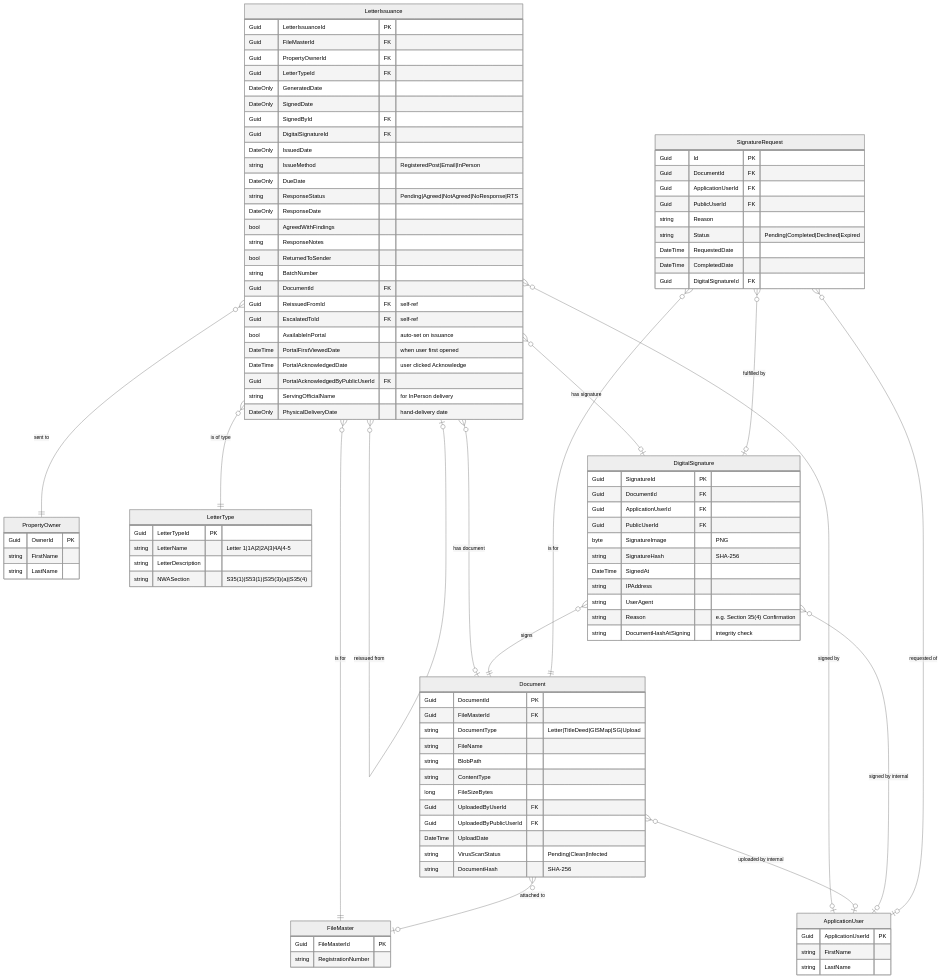
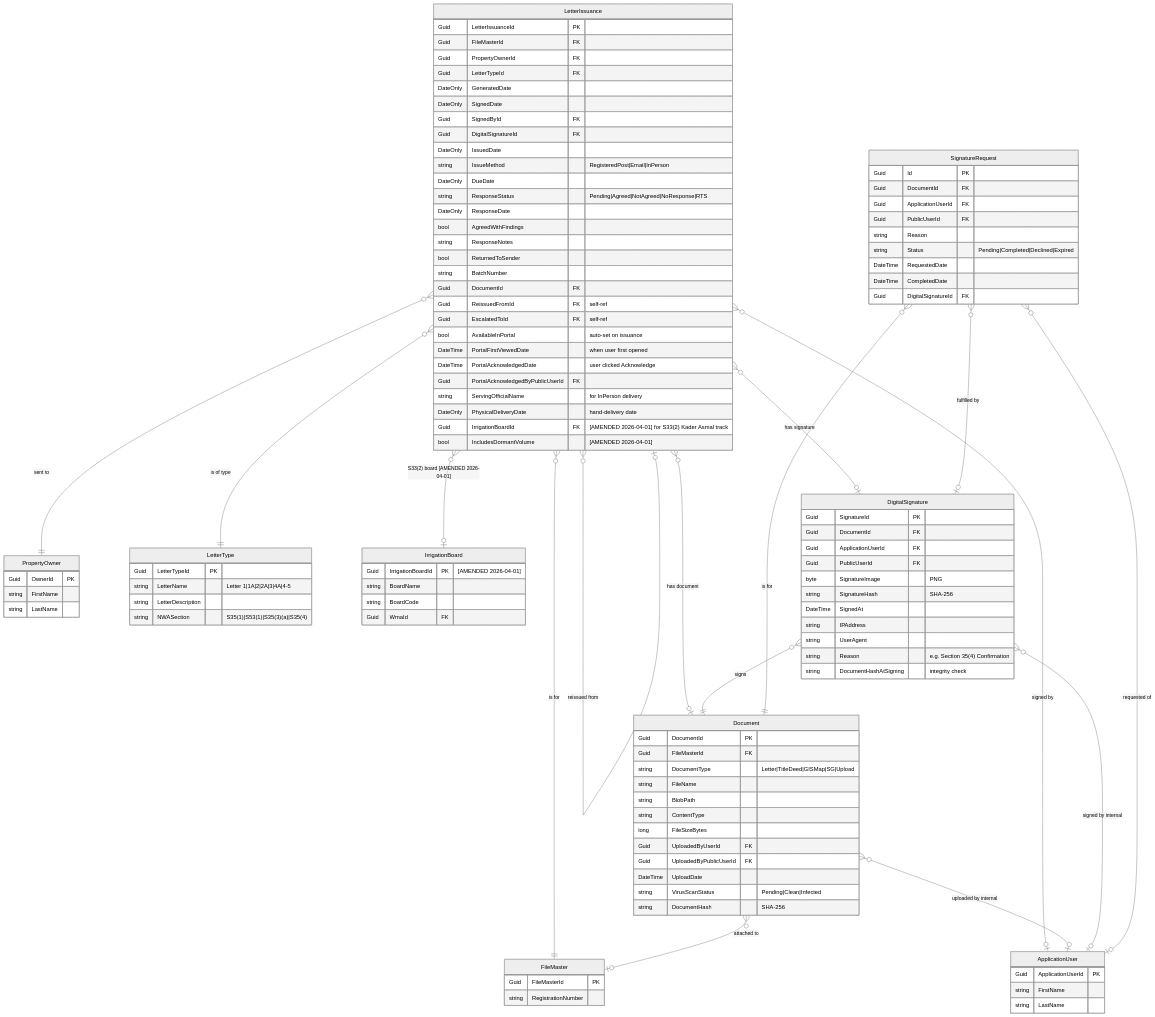
The diagram in docs/diagrams/erd-05-letters-signatures-documents.mmd (TiroMatlapeng/dwa-validation-verification), drawn with Mermaid (neutral theme) before and after one commit. The commit also changed 121 other files, not shown here.

```diff
--- a/docs/diagrams/erd-05-letters-signatures-documents.mmd
+++ b/docs/diagrams/erd-05-letters-signatures-documents.mmd
@@ -1,120 +1,130 @@
 erDiagram
 
     %% ═══════════════════════════════════════════════════
     %% ERD 5 of 6: LETTERS, SIGNATURES & DOCUMENTS
     %% DWA V&V System — Presentation View
     %% ═══════════════════════════════════════════════════
 
     FileMaster {
         Guid FileMasterId PK
         string RegistrationNumber
     }
 
     PropertyOwner {
         Guid OwnerId PK
         string FirstName
         string LastName
     }
 
     ApplicationUser {
         Guid ApplicationUserId PK
         string FirstName
         string LastName
     }
 
     LetterType {
         Guid LetterTypeId PK
         string LetterName "Letter 1|1A|2|2A|3|4A|4-5"
         string LetterDescription
         string NWASection "S35(1)|S53(1)|S35(3)(a)|S35(4)"
     }
 
     LetterIssuance {
         Guid LetterIssuanceId PK
         Guid FileMasterId FK
         Guid PropertyOwnerId FK
         Guid LetterTypeId FK
         DateOnly GeneratedDate
         DateOnly SignedDate
         Guid SignedById FK
         Guid DigitalSignatureId FK
         DateOnly IssuedDate
         string IssueMethod "RegisteredPost|Email|InPerson"
         DateOnly DueDate
         string ResponseStatus "Pending|Agreed|NotAgreed|NoResponse|RTS"
         DateOnly ResponseDate
         bool AgreedWithFindings
         string ResponseNotes
         bool ReturnedToSender
         string BatchNumber
         Guid DocumentId FK
         Guid ReissuedFromId FK "self-ref"
         Guid EscalatedToId FK "self-ref"
         bool AvailableInPortal "auto-set on issuance"
         DateTime PortalFirstViewedDate "when user first opened"
         DateTime PortalAcknowledgedDate "user clicked Acknowledge"
         Guid PortalAcknowledgedByPublicUserId FK
         string ServingOfficialName "for InPerson delivery"
         DateOnly PhysicalDeliveryDate "hand-delivery date"
+        Guid IrrigationBoardId FK "[AMENDED 2026-04-01] for S33(2) Kader Asmal track"
+        bool IncludesDormantVolume "[AMENDED 2026-04-01]"
+    }
+
+    IrrigationBoard {
+        Guid IrrigationBoardId PK "[AMENDED 2026-04-01]"
+        string BoardName
+        string BoardCode
+        Guid WmaId FK
     }
 
     Document {
         Guid DocumentId PK
         Guid FileMasterId FK
         string DocumentType "Letter|TitleDeed|GISMap|SG|Upload"
         string FileName
         string BlobPath
         string ContentType
         long FileSizeBytes
         Guid UploadedByUserId FK
         Guid UploadedByPublicUserId FK
         DateTime UploadDate
         string VirusScanStatus "Pending|Clean|Infected"
         string DocumentHash "SHA-256"
     }
 
     DigitalSignature {
         Guid SignatureId PK
         Guid DocumentId FK
         Guid ApplicationUserId FK
         Guid PublicUserId FK
         byte SignatureImage "PNG"
         string SignatureHash "SHA-256"
         DateTime SignedAt
         string IPAddress
         string UserAgent
         string Reason "e.g. Section 35(4) Confirmation"
         string DocumentHashAtSigning "integrity check"
     }
 
     SignatureRequest {
         Guid Id PK
         Guid DocumentId FK
         Guid ApplicationUserId FK
         Guid PublicUserId FK
         string Reason
         string Status "Pending|Completed|Declined|Expired"
         DateTime RequestedDate
         DateTime CompletedDate
         Guid DigitalSignatureId FK
     }
 
     %% ── Relationships ──
 
     LetterIssuance }o--|| FileMaster : "is for"
     LetterIssuance }o--|| PropertyOwner : "sent to"
     LetterIssuance }o--|| LetterType : "is of type"
     LetterIssuance }o--o| ApplicationUser : "signed by"
     LetterIssuance }o--o| DigitalSignature : "has signature"
     LetterIssuance }o--o| Document : "has document"
     LetterIssuance }o--o| LetterIssuance : "reissued from"
+    LetterIssuance }o--o| IrrigationBoard : "S33(2) board [AMENDED 2026-04-01]"
 
     Document }o--o| FileMaster : "attached to"
     Document }o--o| ApplicationUser : "uploaded by internal"
 
     DigitalSignature }o--|| Document : "signs"
     DigitalSignature }o--o| ApplicationUser : "signed by internal"
 
     SignatureRequest }o--|| Document : "is for"
     SignatureRequest }o--o| ApplicationUser : "requested of"
     SignatureRequest }o--o| DigitalSignature : "fulfilled by"
```
